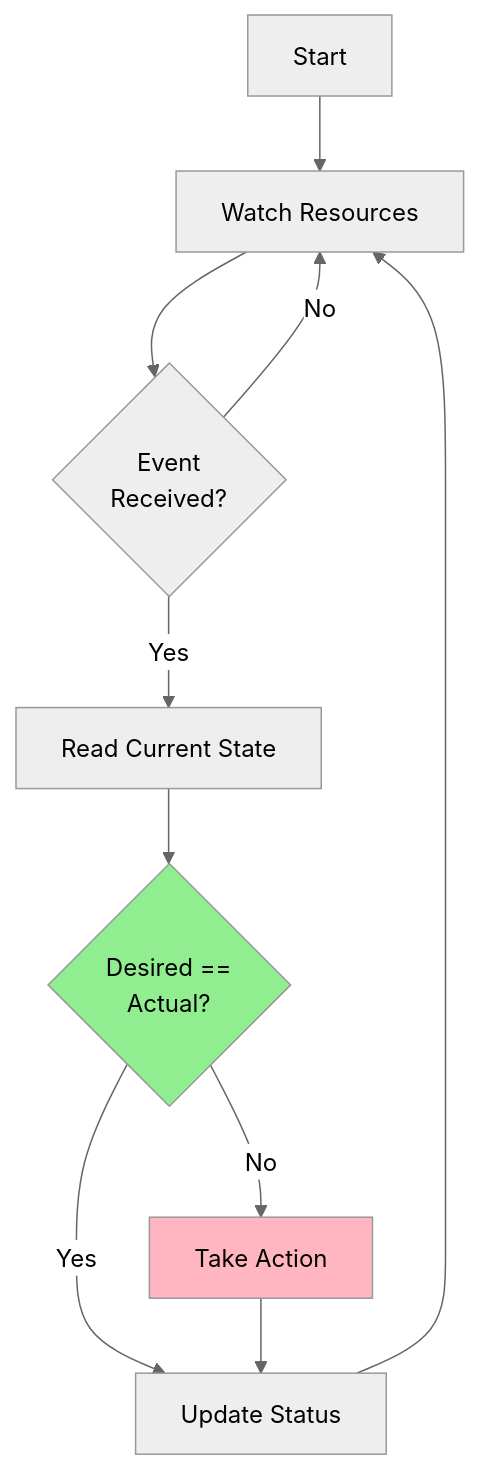
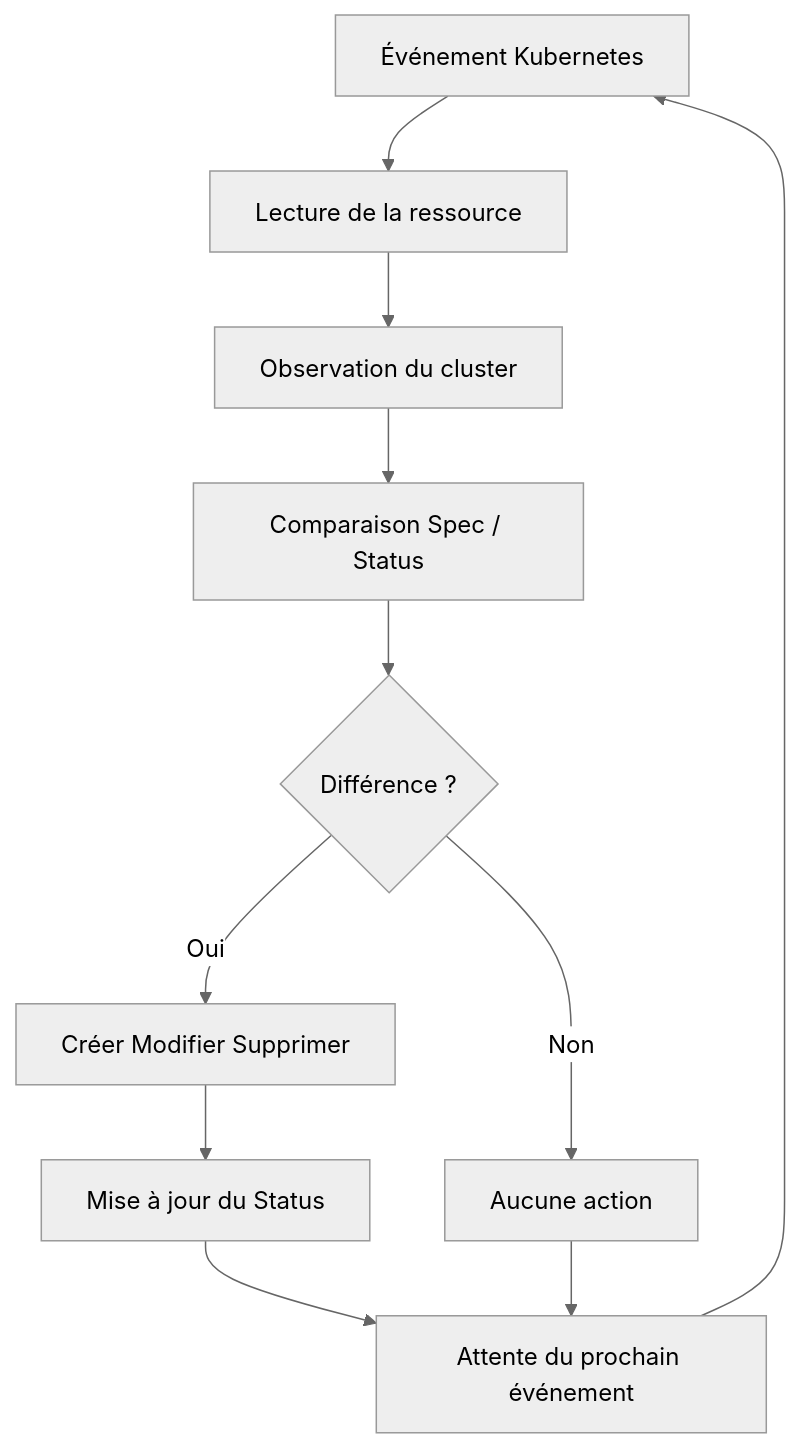
One commit to fallewi/advanced-kubernetes-trainings changed the second of 10 diagrams in k8s-operators-pratique/module-01/lessons/03-controller-pattern.md. Above: the diagram before and after it, drawn with Mermaid (neutral theme). The commit also changed other lines of this file, not shown here.

````diff
--- a/k8s-operators-pratique/module-01/lessons/03-controller-pattern.md
+++ b/k8s-operators-pratique/module-01/lessons/03-controller-pattern.md
@@ -61,15 +643,25 @@
 ```mermaid
-graph TB
-    START[Start] --> WATCH[Watch Resources]
-    WATCH --> EVENT{Event<br/>Received?}
-    EVENT -->|No| WATCH
-    EVENT -->|Yes| READ[Read Current State]
-    READ --> COMPARE{Desired ==<br/>Actual?}
-    COMPARE -->|Yes| UPDATE[Update Status]
-    COMPARE -->|No| RECONCILE[Take Action]
-    RECONCILE --> UPDATE
-    UPDATE --> WATCH
-    
-    style RECONCILE fill:#FFB6C1
-    style COMPARE fill:#90EE90
+flowchart TD
+
+EVENT[Événement Kubernetes]
+
+EVENT --> READ[Lecture de la ressource]
+
+READ --> OBSERVE[Observation du cluster]
+
+OBSERVE --> COMPARE[Comparaison Spec / Status]
+
+COMPARE --> ACTION{Différence ?}
+
+ACTION -->|Oui| RECONCILE[Créer Modifier Supprimer]
+
+ACTION -->|Non| END[Aucune action]
+
+RECONCILE --> UPDATE[Mise à jour du Status]
+
+UPDATE --> WAIT[Attente du prochain événement]
+
+END --> WAIT
+
+WAIT --> EVENT
 ```
````
